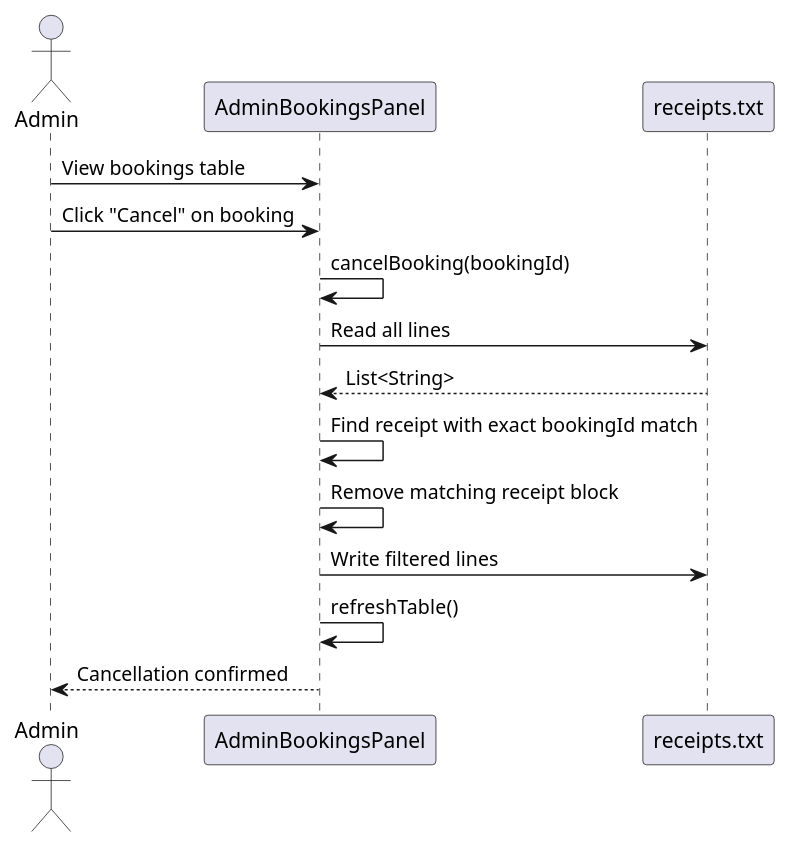
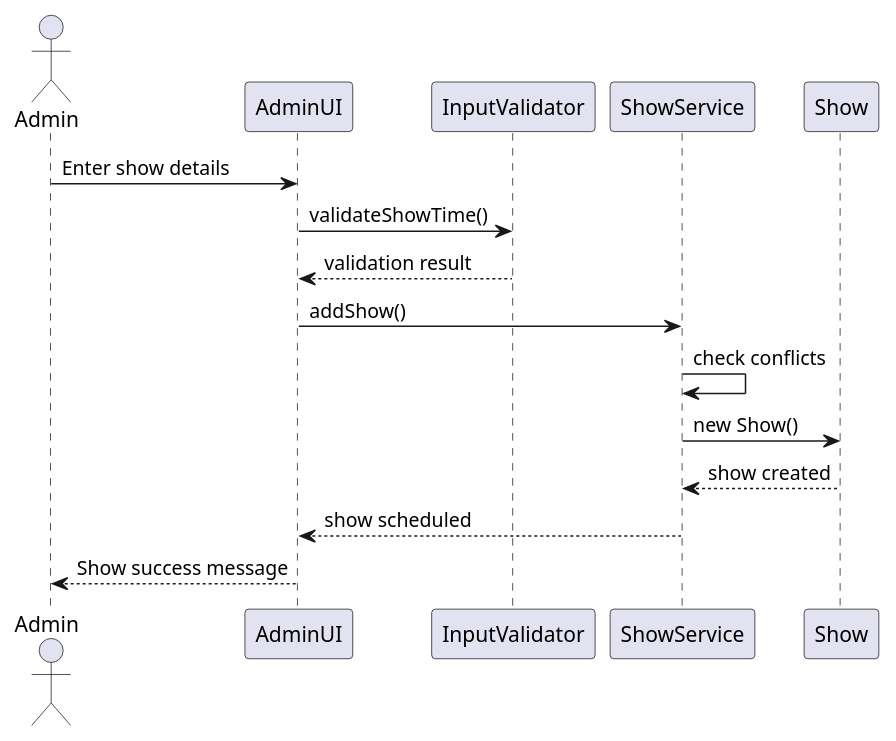
Before and after one commit to HgH7/cinema-scheduling-system: the fourth of 4 diagrams in UML_DIAGRAMS.md, drawn with PlantUML. The commit also changed other lines of this file and 23 other files, not shown here.

````diff
--- a/UML_DIAGRAMS.md
+++ b/UML_DIAGRAMS.md
@@ -321,25 +160,21 @@
 ```plantuml
-@startuml Booking Cancellation Sequence
+@startuml Show Scheduling
 
 actor Admin
-participant AdminBookingsPanel
-participant receipts.txt
+participant AdminUI
+participant InputValidator
+participant ShowService
+participant Show
 
-Admin -> AdminBookingsPanel: View bookings table
-Admin -> AdminBookingsPanel: Click "Cancel" on booking
-
-AdminBookingsPanel -> AdminBookingsPanel: cancelBooking(bookingId)
-
-AdminBookingsPanel -> receipts.txt: Read all lines
-receipts.txt --> AdminBookingsPanel: List<String>
-
-AdminBookingsPanel -> AdminBookingsPanel: Find receipt with exact bookingId match
-AdminBookingsPanel -> AdminBookingsPanel: Remove matching receipt block
-
-AdminBookingsPanel -> receipts.txt: Write filtered lines
-AdminBookingsPanel -> AdminBookingsPanel: refreshTable()
-
-AdminBookingsPanel --> Admin: Cancellation confirmed
+Admin -> AdminUI: Enter show details
+AdminUI -> InputValidator: validateShowTime()
+InputValidator --> AdminUI: validation result
+AdminUI -> ShowService: addShow()
+ShowService -> ShowService: check conflicts
+ShowService -> Show: new Show()
+Show --> ShowService: show created
+ShowService --> AdminUI: show scheduled
+AdminUI --> Admin: Show success message
 
 @enduml
 ```
````
